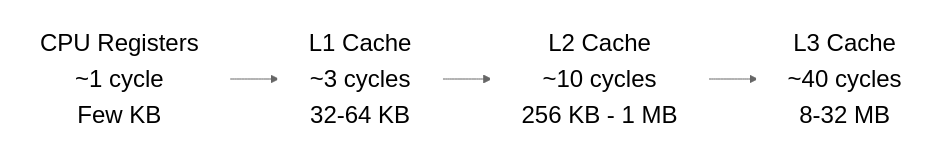
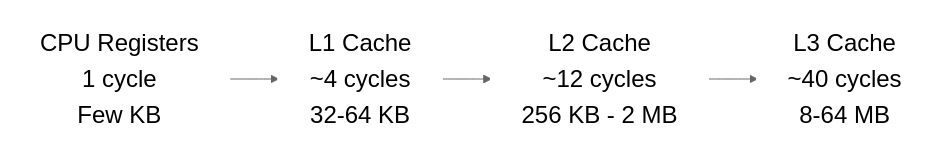
The first of 2 diagrams in lectures/content/slides/15_Computing_Infrastructure.md (MindaugasSarpis/CERN_lessons_on_data_analysis), drawn with Mermaid (neutral theme) before and after one commit. The commit also changed other lines of this file and 85 other files, not shown here.

````diff
--- a/lectures/content/slides/15_Computing_Infrastructure.md
+++ b/lectures/content/slides/15_Computing_Infrastructure.md
@@ -854,14 +642,14 @@
 ```mermaid
 graph LR
-    A[CPU Registers<br/>~1 cycle<br/>Few KB] -->
-    B[L1 Cache<br/>~3 cycles<br/>32-64 KB] -->
-    C[L2 Cache<br/>~10 cycles<br/>256 KB - 1 MB] -->
-    D[L3 Cache<br/>~40 cycles<br/>8-32 MB]
+    A[CPU Registers<br/>1 cycle<br/>Few KB] -->
+    B[L1 Cache<br/>~4 cycles<br/>32-64 KB] -->
+    C[L2 Cache<br/>~12 cycles<br/>256 KB - 2 MB] -->
+    D[L3 Cache<br/>~40 cycles<br/>8-64 MB]
 
     classDef box fill:none,stroke:white,stroke-width:3px,font-size:24px;
 
     class A box;
     class B box;
     class C box;
     class D box;
 ```
````
